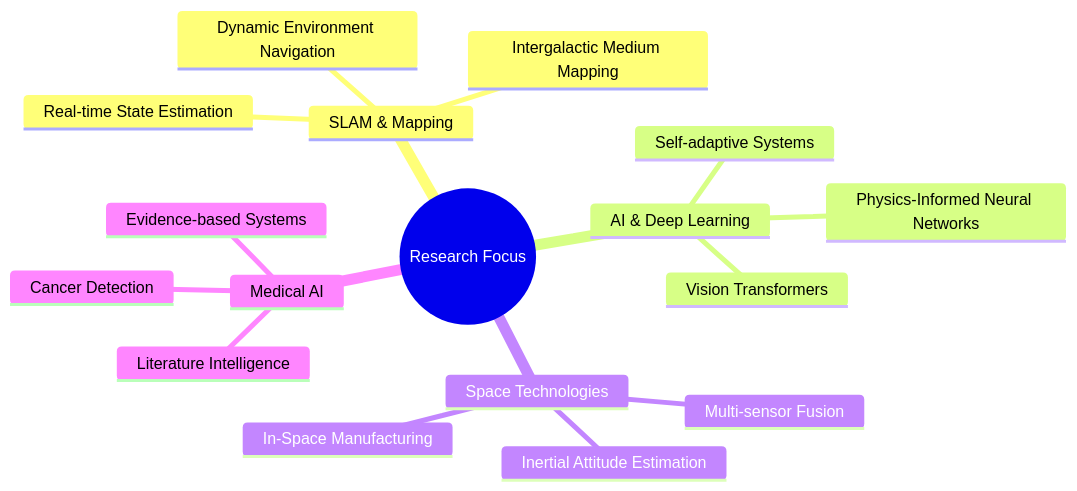
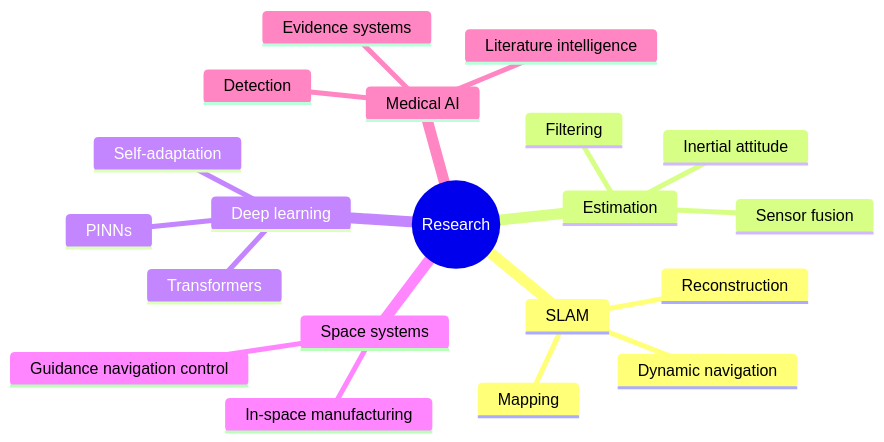
The diagram in README.md (Armanasq/Armanasq), drawn with Mermaid before and after one commit. The commit also changed other lines of this file, not shown here.

`````diff
--- a/README.md
+++ b/README.md
@@ -29,20 +63,23 @@
 ```mermaid
 mindmap
-  root((Research Focus))
-    SLAM & Mapping
-      Dynamic Environment Navigation
-      Intergalactic Medium Mapping
-      Real-time State Estimation
-    AI & Deep Learning
-      Physics-Informed Neural Networks
-      Self-adaptive Systems
-      Vision Transformers
-    Space Technologies
-      Inertial Attitude Estimation
-      Multi-sensor Fusion
-      In-Space Manufacturing
+  root((Research))
+    SLAM
+      Dynamic navigation
+      Reconstruction
+      Mapping
+    Estimation
+      Inertial attitude
+      Sensor fusion
+      Filtering
+    Deep learning
+      PINNs
+      Transformers
+      Self-adaptation
+    Space systems
+      Guidance navigation control
+      In-space manufacturing
     Medical AI
-      Cancer Detection
-      Evidence-based Systems
-      Literature Intelligence
-```
+      Detection
+      Evidence systems
+      Literature intelligence
+````
`````
